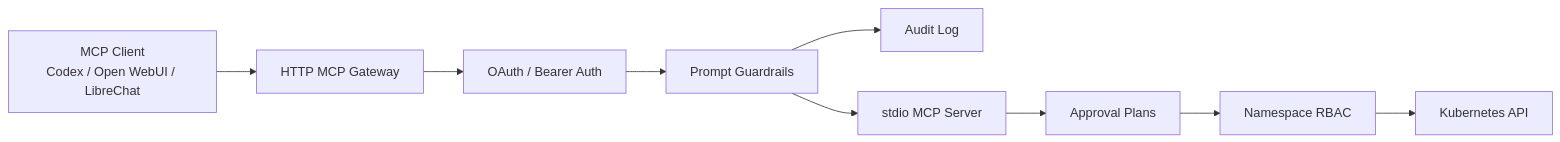
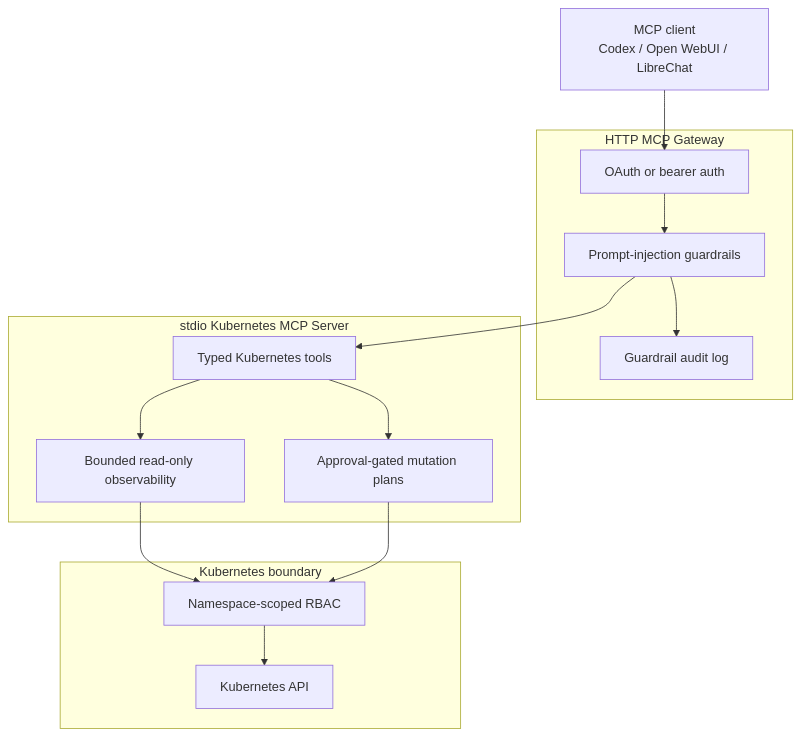
Before and after one commit to mirusser/Kubernetes-MCP-Guard: the diagram in README.md, drawn with Mermaid.

````diff
--- a/README.md
+++ b/README.md
@@ -16,21 +16,31 @@
 ```mermaid
-graph LR
-    Client["MCP Client<br/>Codex / Open WebUI / LibreChat"]
-    Gateway["HTTP MCP Gateway"]
-    Auth["OAuth / Bearer Auth"]
-    Guardrails["Prompt Guardrails"]
-    Audit["Audit Log"]
-    Server["stdio MCP Server"]
-    Approval["Approval Plans"]
-    RBAC["Namespace RBAC"]
-    API["Kubernetes API"]
+flowchart TB
+    Client["MCP client<br/>Codex / Open WebUI / LibreChat"]
 
-    Client --> Gateway
-    Gateway --> Auth
-    Auth --> Guardrails
-    Guardrails --> Audit
-    Guardrails --> Server
-    Server --> Approval
-    Approval --> RBAC
-    RBAC --> API
+    subgraph Gateway["HTTP MCP Gateway"]
+        Auth["OAuth or bearer auth"]
+        Guardrails["Prompt-injection guardrails"]
+        Audit["Guardrail audit log"]
+        Auth --> Guardrails
+        Guardrails --> Audit
+    end
+
+    subgraph Server["stdio Kubernetes MCP Server"]
+        Tools["Typed Kubernetes tools"]
+        ReadOnly["Bounded read-only observability"]
+        Plans["Approval-gated mutation plans"]
+        Tools --> ReadOnly
+        Tools --> Plans
+    end
+
+    subgraph Kubernetes["Kubernetes boundary"]
+        RBAC["Namespace-scoped RBAC"]
+        API["Kubernetes API"]
+        RBAC --> API
+    end
+
+    Client --> Auth
+    Guardrails --> Tools
+    ReadOnly --> RBAC
+    Plans --> RBAC
 ```
````
